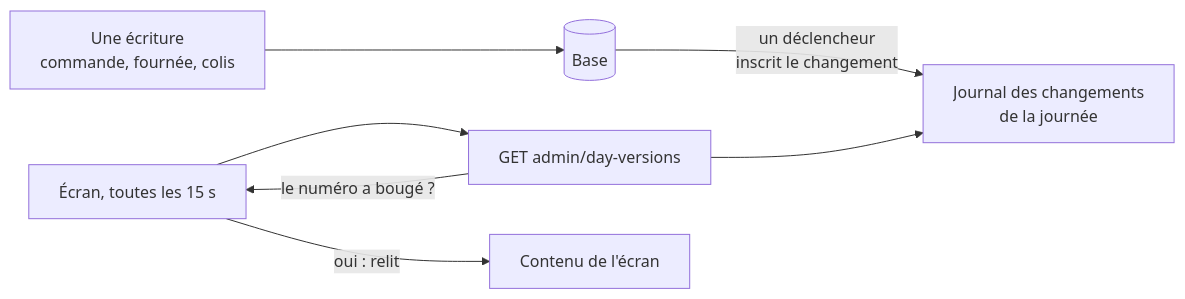
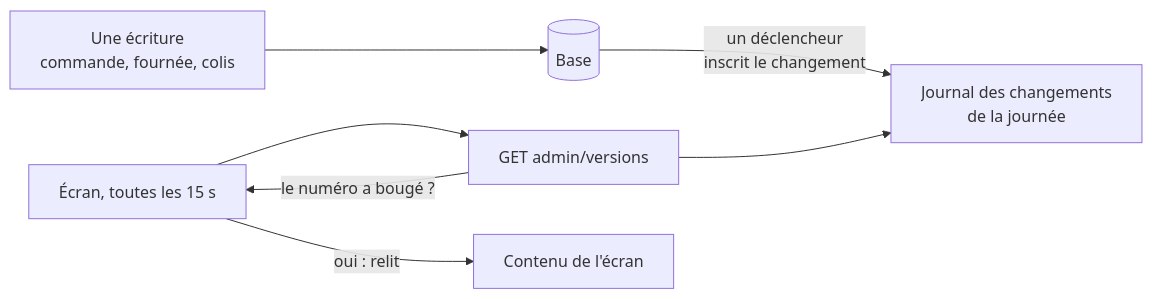
Before and after one commit to hugoheynard/lfd: the first of 2 diagrams in documentation/caching-usage/version-par-journee.md, drawn with Mermaid. The commit also changed other lines of this file and 49 other files, not shown here.

````diff
--- a/documentation/caching-usage/version-par-journee.md
+++ b/documentation/caching-usage/version-par-journee.md
@@ -24,9 +24,9 @@
 ```mermaid
 flowchart LR
   E["Une écriture<br/>commande, fournée, colis"] --> B[("Base")]
   B -->|"un déclencheur<br/>inscrit le changement"| J["Journal des changements<br/>de la journée"]
-  S["Écran, toutes les 15 s"] --> P["GET admin/day-versions"]
+  S["Écran, toutes les 15 s"] --> P["GET admin/versions"]
   P --> J
   P -->|"le numéro a bougé ?"| S
   S -->|"oui : relit"| C["Contenu de l'écran"]
 ```
````
